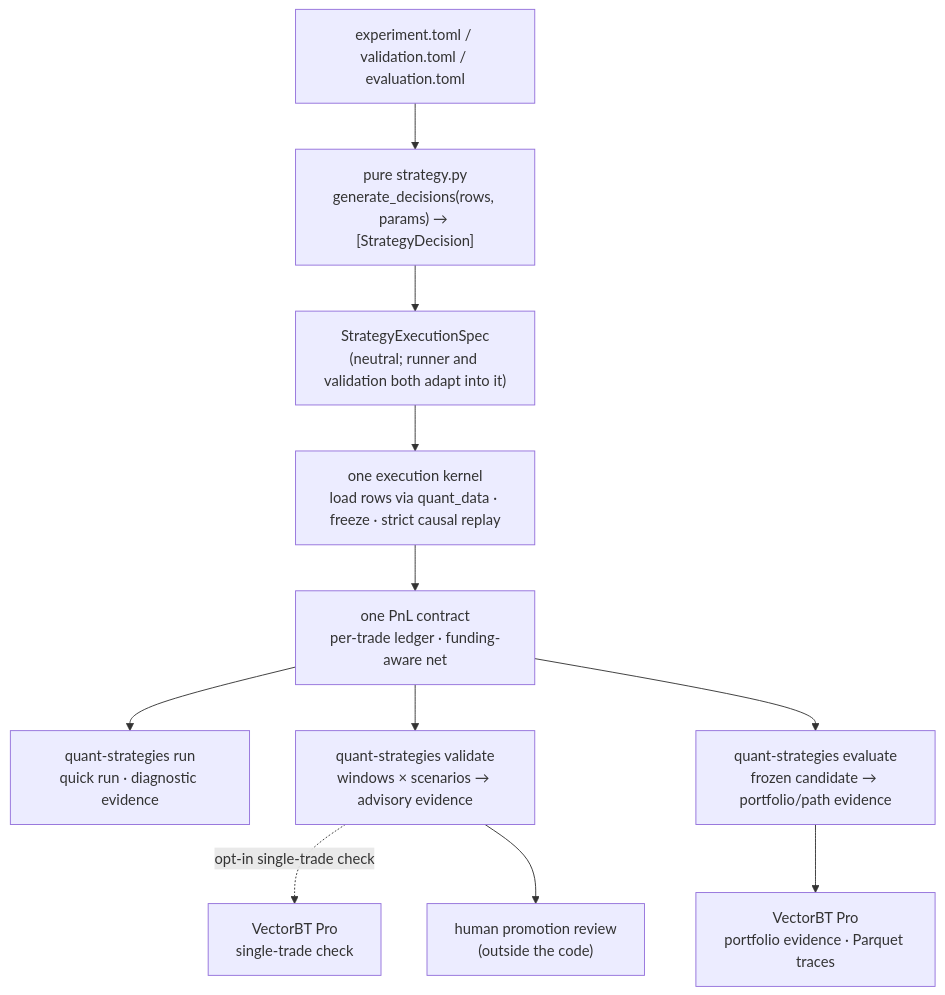
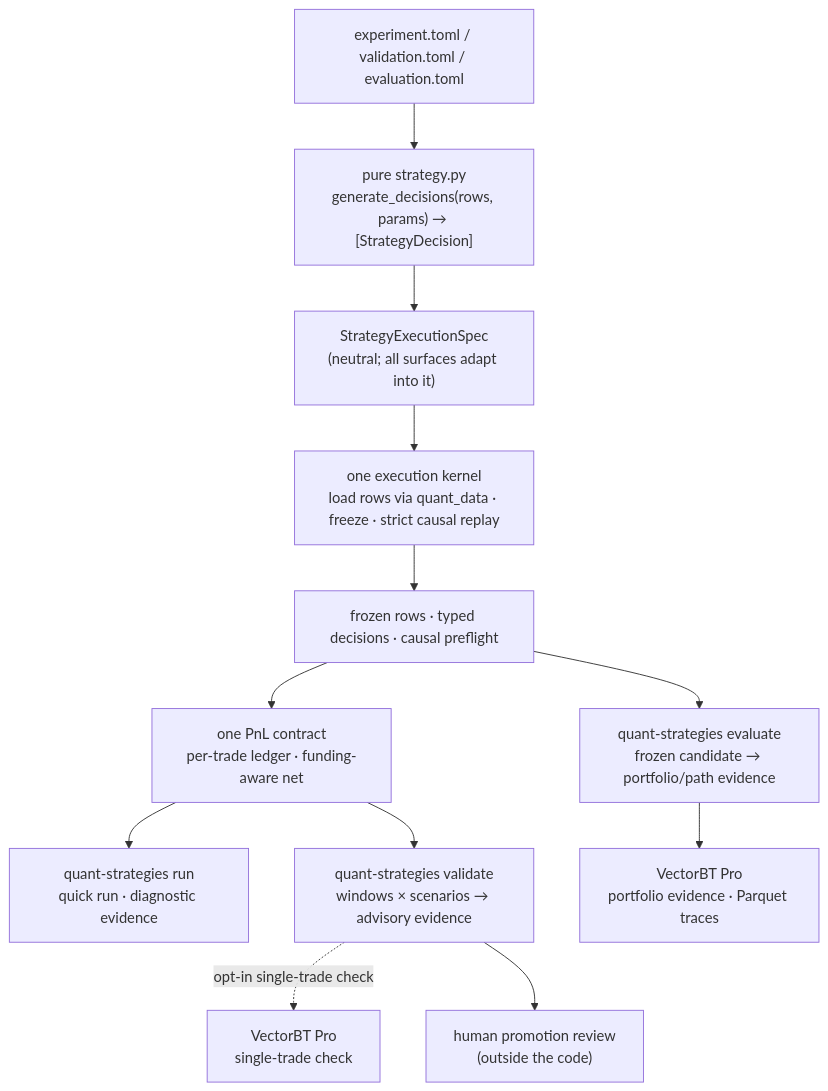
The diagram in README.md (xxSeasonxx/quant_strategies), drawn with Mermaid before and after one commit. The commit also changed other lines of this file and 4 other files, not shown here.

````diff
--- a/README.md
+++ b/README.md
@@ -30,14 +30,15 @@
 ```mermaid
 flowchart TD
     cfg["experiment.toml / validation.toml / evaluation.toml"] --> strat
     strat["pure strategy.py<br/>generate_decisions(rows, params) → [StrategyDecision]"] --> spec
-    spec["StrategyExecutionSpec<br/>(neutral; runner and validation both adapt into it)"] --> kernel
-    kernel["one execution kernel<br/>load rows via quant_data · freeze · strict causal replay"] --> pnl
+    spec["StrategyExecutionSpec<br/>(neutral; all surfaces adapt into it)"] --> kernel
+    kernel["one execution kernel<br/>load rows via quant_data · freeze · strict causal replay"] --> evidence
+    evidence["frozen rows · typed decisions · causal preflight"] --> pnl
     pnl["one PnL contract<br/>per-trade ledger · funding-aware net"]
     pnl --> quick["quant-strategies run<br/>quick run · diagnostic evidence"]
     pnl --> valid["quant-strategies validate<br/>windows × scenarios → advisory evidence"]
-    pnl --> eval["quant-strategies evaluate<br/>frozen candidate → portfolio/path evidence"]
+    evidence --> eval["quant-strategies evaluate<br/>frozen candidate → portfolio/path evidence"]
     valid -. "opt-in single-trade check" .-> oracle["VectorBT Pro<br/>single-trade check"]
     eval --> vbt["VectorBT Pro<br/>portfolio evidence · Parquet traces"]
     valid --> human["human promotion review<br/>(outside the code)"]
 ```
````
